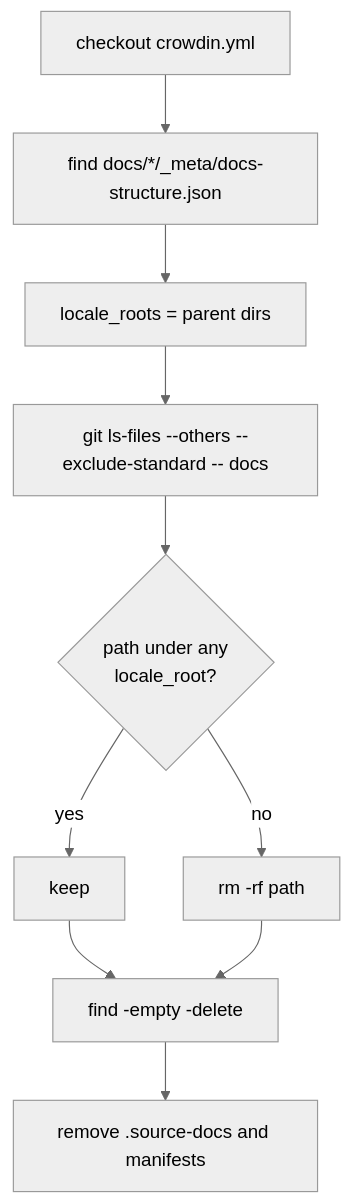
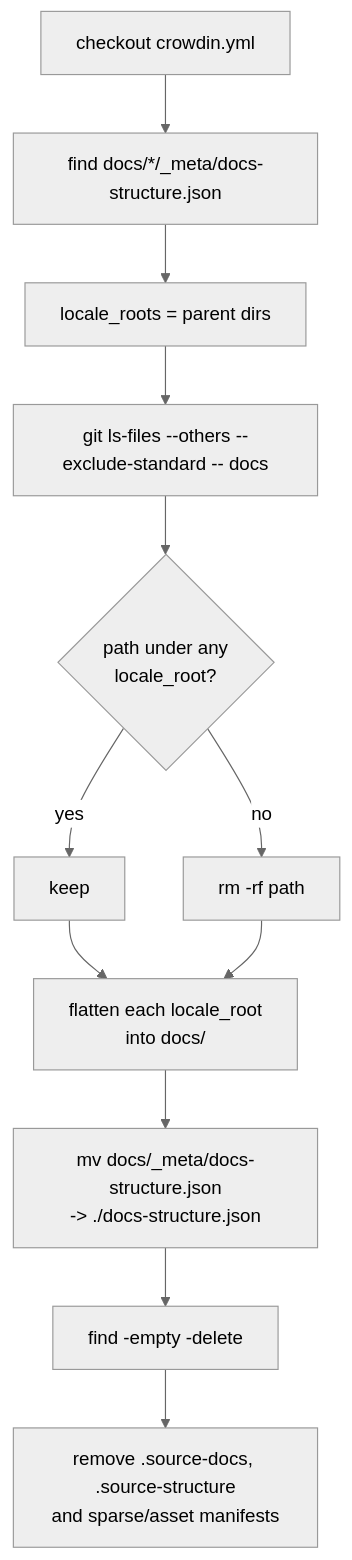
Before and after one commit to pagopa/devportal-docs-translations: the tenth of 11 diagrams in get-translations-from-crowdin.md, drawn with Mermaid (neutral theme). The commit also changed other lines of this file, not shown here.

````diff
--- a/get-translations-from-crowdin.md
+++ b/get-translations-from-crowdin.md
@@ -356,12 +404,14 @@
 ```mermaid
 flowchart TD
     A[checkout crowdin.yml] --> B[find docs/*/_meta/docs-structure.json]
     B --> C[locale_roots = parent dirs]
     C --> D[git ls-files --others --exclude-standard -- docs]
     D --> E{path under any<br/>locale_root?}
     E -- yes --> F[keep]
     E -- no --> G[rm -rf path]
-    F --> H[find -empty -delete]
+    F --> H[flatten each locale_root<br/>into docs/]
     G --> H
-    H --> I[remove .source-docs and manifests]
+    H --> I[mv docs/_meta/docs-structure.json<br/>-&gt; ./docs-structure.json]
+    I --> J[find -empty -delete]
+    J --> K[remove .source-docs, .source-structure<br/>and sparse/asset manifests]
 ```
````
